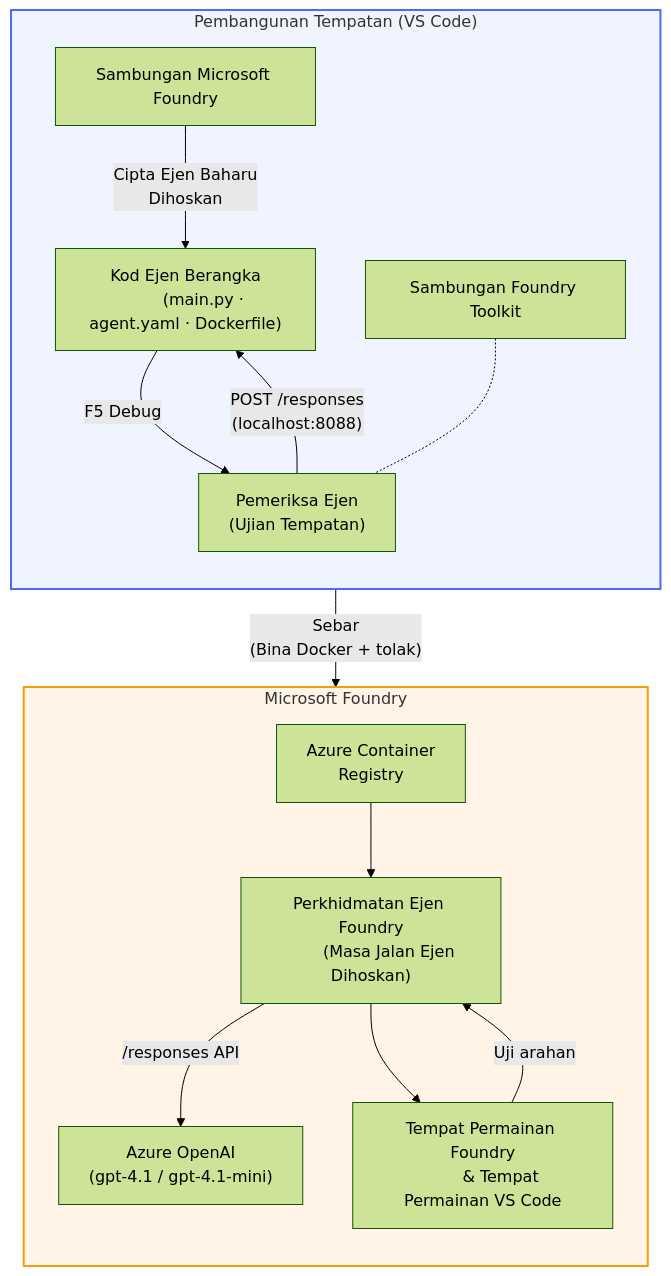
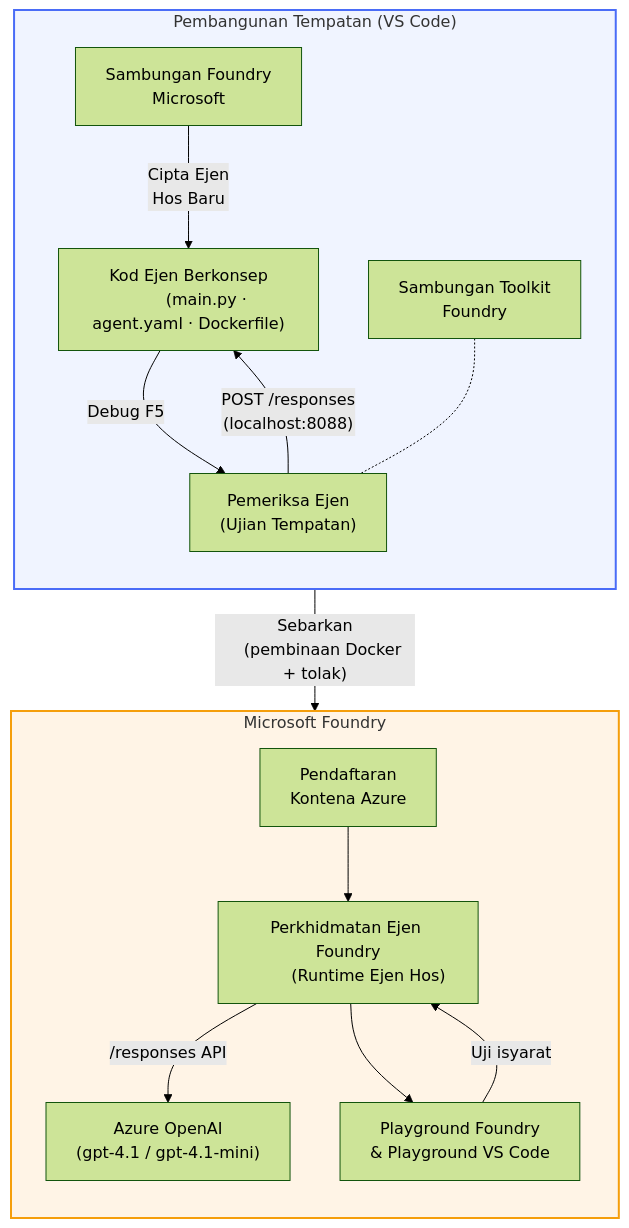
The diagram in translations/ms/README.md (microsoft-foundry/Foundry_Toolkit_for_VSCode_Lab), drawn with Mermaid (forest theme) before and after one commit. The commit also changed other lines of this file and 110 other files, not shown here.

````diff
--- a/translations/ms/README.md
+++ b/translations/ms/README.md
@@ -48,40 +52,42 @@
 ```mermaid
 flowchart TB
     subgraph Local["Pembangunan Tempatan (VS Code)"]
         direction TB
-        FE["Sambungan Microsoft Foundry"]
-        FoundryToolkit["Sambungan Foundry Toolkit"]
-        Scaffold["Kod Ejen Berangka
+        FE["Sambungan Foundry
+        Microsoft"]
+        FoundryToolkit["Sambungan Toolkit
+        Foundry"]
+        Scaffold["Kod Ejen Berkonsep
         (main.py · agent.yaml · Dockerfile)"]
         Inspector["Pemeriksa Ejen
         (Ujian Tempatan)"]
-        FE -- "Cipta Ejen Baharu
-        Dihoskan" --> Scaffold
-        Scaffold -- "F5 Debug" --> Inspector
+        FE -- "Cipta Ejen
+        Hos Baru" --> Scaffold
+        Scaffold -- "Debug F5" --> Inspector
         FoundryToolkit -.- Inspector
     end
 
     subgraph Cloud["Microsoft Foundry"]
         direction TB
-        ACR["Azure Container
-        Registry"]
+        ACR["Pendaftaran
+        Kontena Azure"]
         AgentService["Perkhidmatan Ejen Foundry
-        (Masa Jalan Ejen Dihoskan)"]
+        (Runtime Ejen Hos)"]
         Model["Azure OpenAI
         (gpt-4.1 / gpt-4.1-mini)"]
-        Playground["Tempat Permainan Foundry
-        & Tempat Permainan VS Code"]
+        Playground["Playground Foundry
+        & Playground VS Code"]
         ACR --> AgentService
         AgentService -- "/responses API" --> Model
         AgentService --> Playground
     end
 
-    Scaffold -- "Sebar
-    (Bina Docker + tolak)" --> ACR
+    Scaffold -- "Sebarkan
+    (pembinaan Docker + tolak)" --> ACR
     Inspector -- "POST /responses
     (localhost:8088)" --> Scaffold
-    Playground -- "Uji arahan" --> AgentService
+    Playground -- "Uji isyarat" --> AgentService
 
     style Local fill:#f0f4ff,stroke:#4a6cf7,stroke-width:2px
     style Cloud fill:#fff4e6,stroke:#f59e0b,stroke-width:2px
 ```
````
